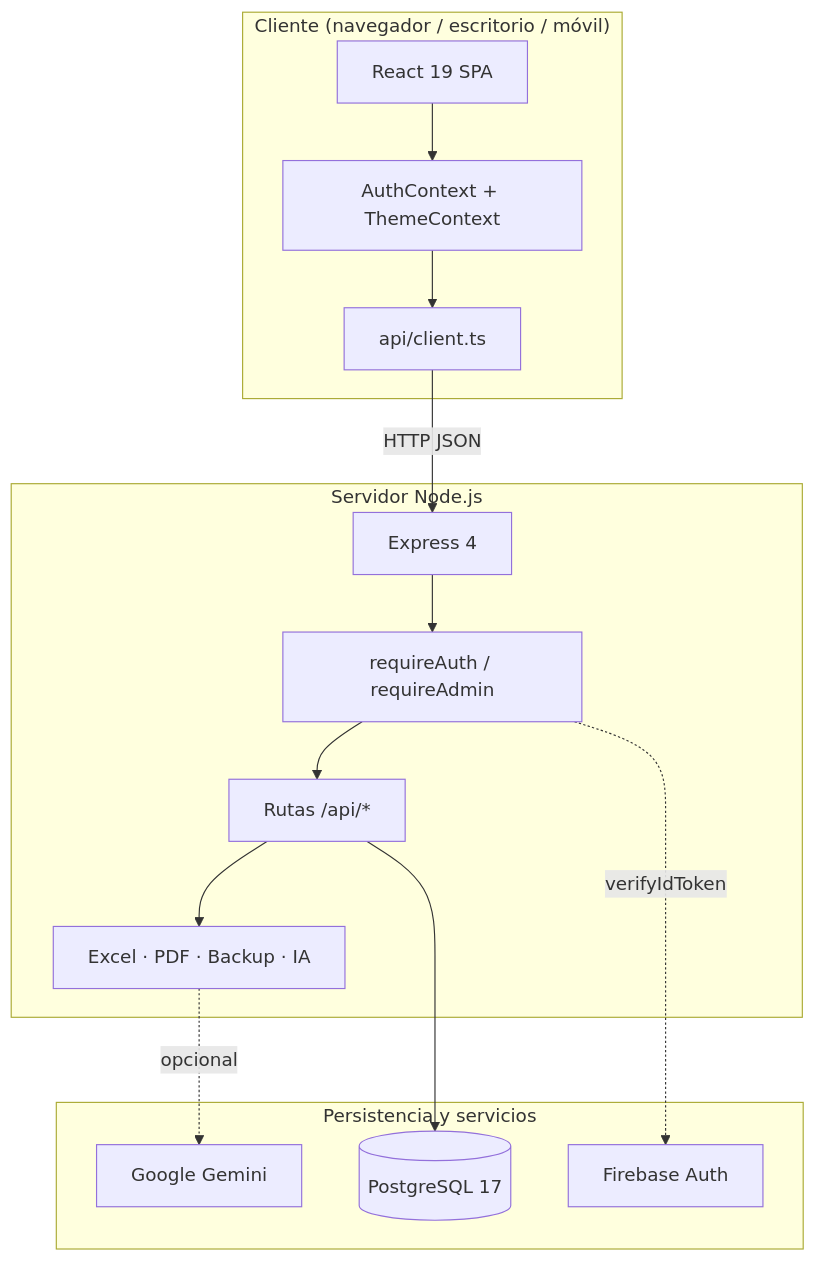
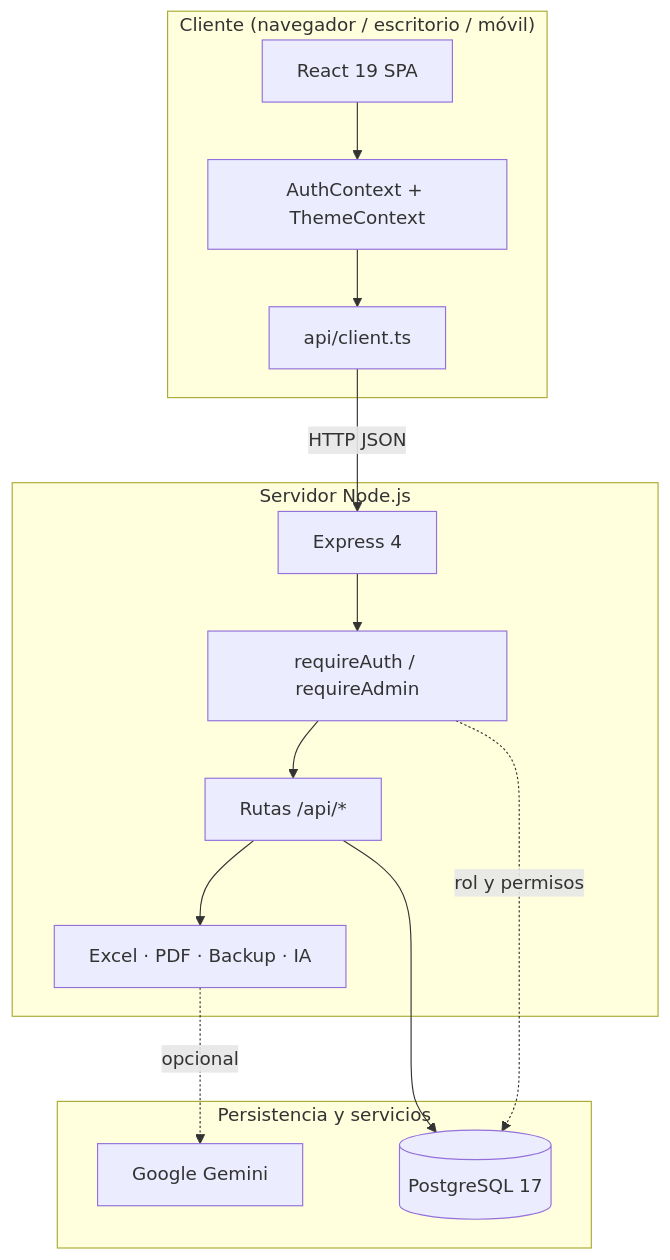
Before and after one commit to wanglingtech/PV_Padron_Vehicular: the first of 6 diagrams in docs/DIAGRAMAS.md, drawn with Mermaid. The commit also changed other lines of this file and 12 other files, not shown here.

````diff
--- a/docs/DIAGRAMAS.md
+++ b/docs/DIAGRAMAS.md
@@ -9,29 +9,28 @@
 ```mermaid
 flowchart TB
     subgraph Cliente["Cliente (navegador / escritorio / móvil)"]
         UI[React 19 SPA]
         Ctx[AuthContext + ThemeContext]
         ApiClient[api/client.ts]
     end
 
     subgraph Servidor["Servidor Node.js"]
         Express[Express 4]
         Auth[requireAuth / requireAdmin]
         Routes[Rutas /api/*]
         Services[Excel · PDF · Backup · IA]
     end
 
     subgraph Datos["Persistencia y servicios"]
         PG[(PostgreSQL 17)]
-        FB[Firebase Auth]
         Gemini[Google Gemini]
     end
 
     UI --> Ctx --> ApiClient
     ApiClient -->|HTTP JSON| Express
     Express --> Auth --> Routes
     Routes --> Services
     Routes --> PG
-    Auth -.->|verifyIdToken| FB
+    Auth -.->|rol y permisos| PG
     Services -.->|opcional| Gemini
 ```
````
